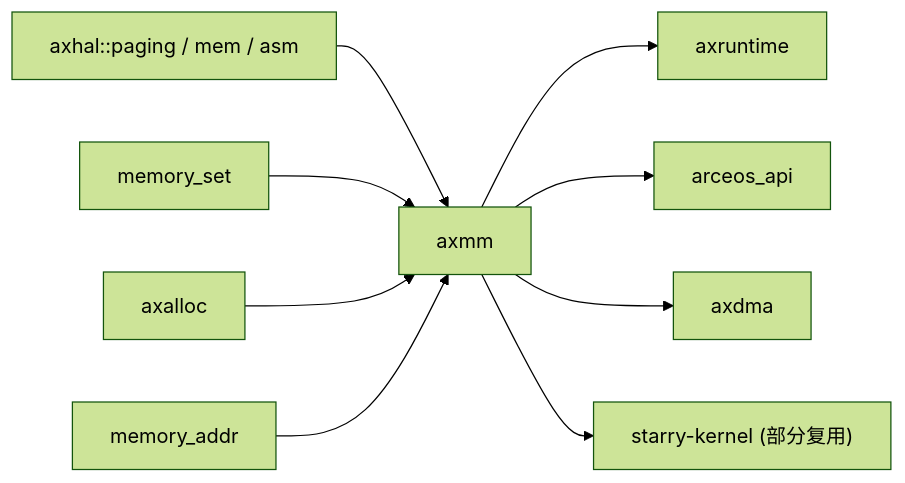
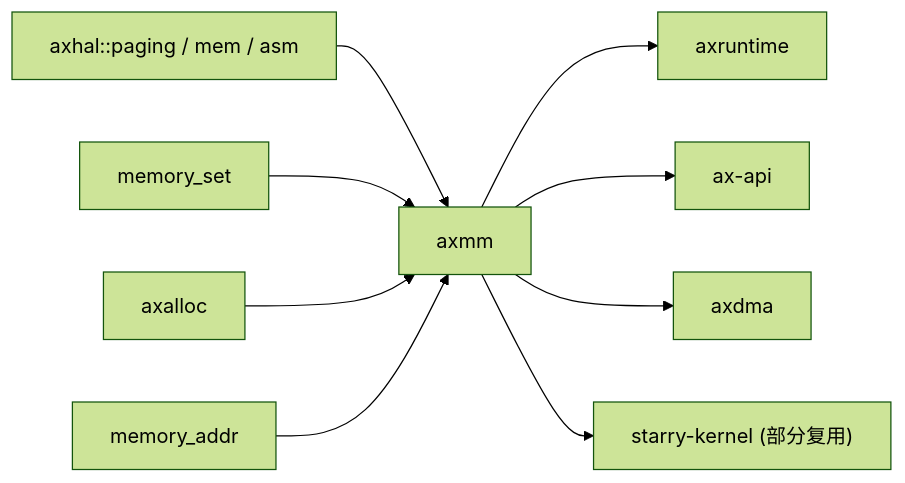
Before and after one commit to zKurisu/tgoskits: the second of 2 diagrams in docs/crates/axmm.md, drawn with Mermaid (forest theme). The commit also changed other lines of this file and 61 other files, not shown here.

Commit message:
rename arceos_api to ax-api

````diff
--- a/docs/crates/axmm.md
+++ b/docs/crates/axmm.md
@@ -103,12 +103,12 @@
 ```mermaid
 graph LR
     axhal["axhal::paging / mem / asm"] --> axmm["axmm"]
     memory_set["memory_set"] --> axmm
     axalloc["axalloc"] --> axmm
     memory_addr["memory_addr"] --> axmm
 
     axmm --> axruntime["axruntime"]
-    axmm --> arceos_api["arceos_api"]
+    axmm --> ax-api["ax-api"]
     axmm --> axdma["axdma"]
     axmm --> starry_kernel["starry-kernel (部分复用)"]
 ```
````
